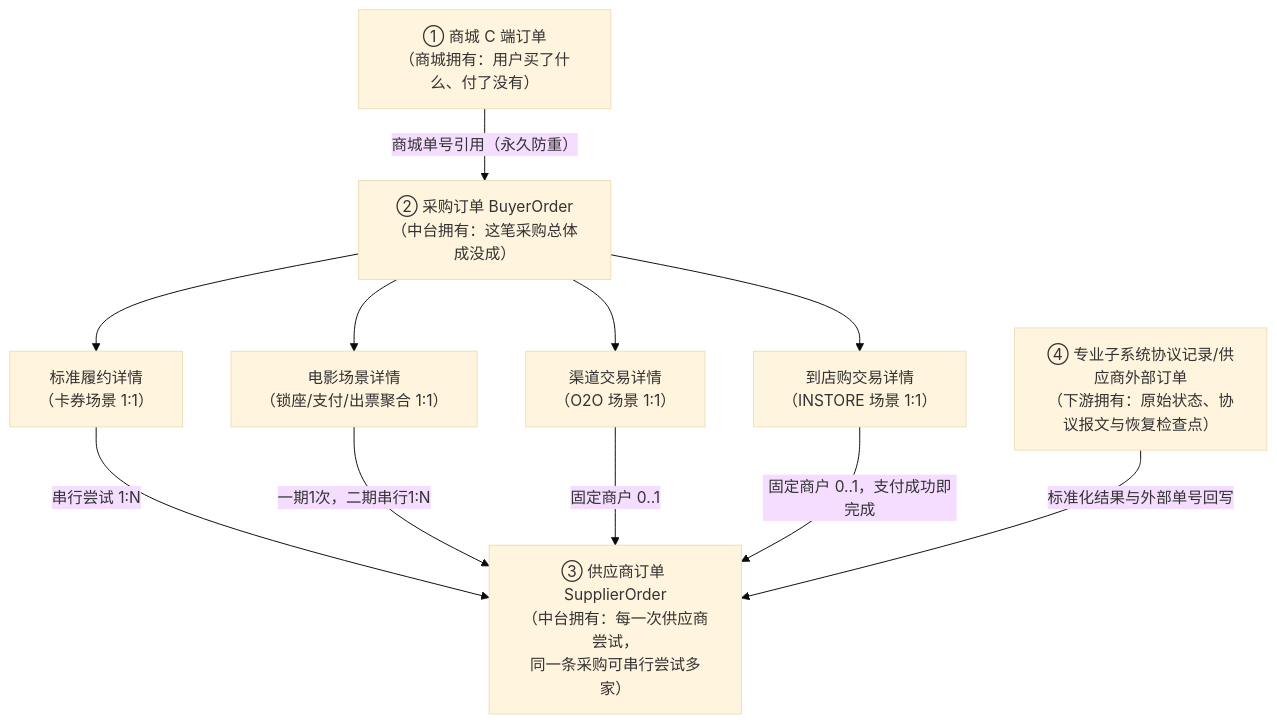
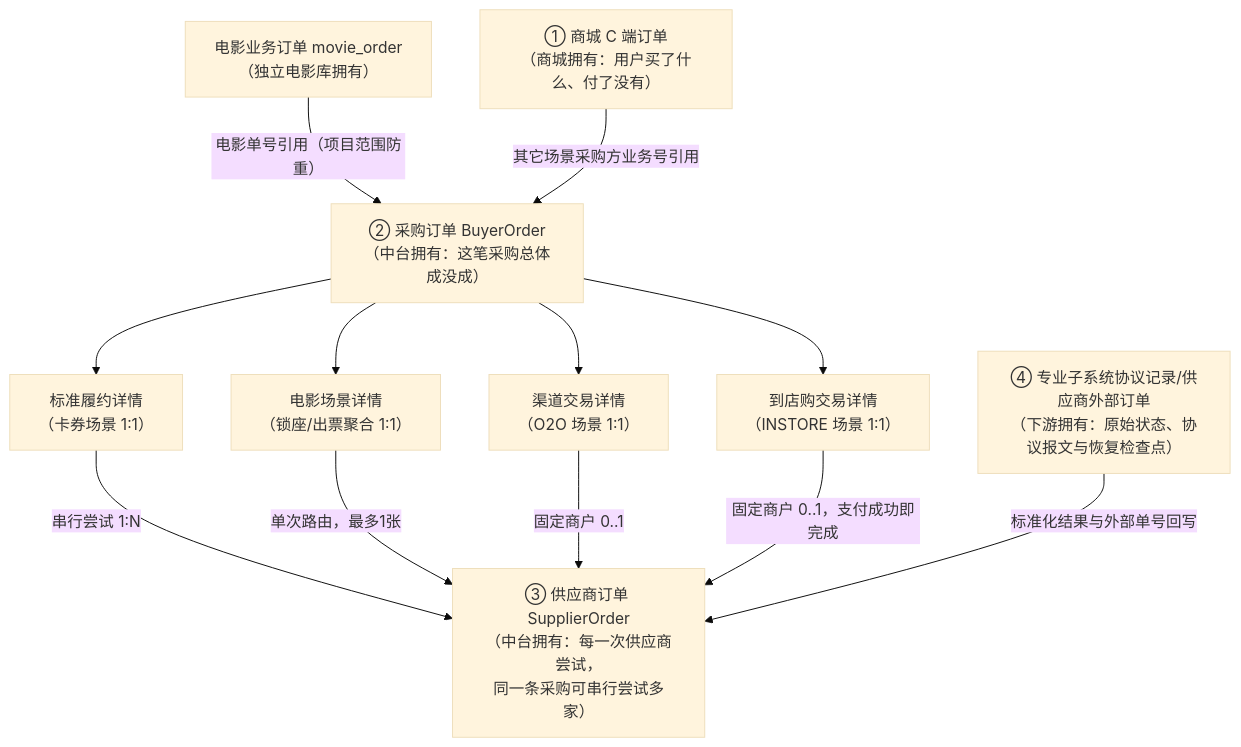
The tenth of 14 diagrams in docs/供应链中台多场景概要设计.md (zwye1986/supply-hub), drawn with Mermaid (base theme) before and after one commit. The commit also changed other lines of this file and 22 other files, not shown here.

````diff
--- a/docs/供应链中台多场景概要设计.md
+++ b/docs/供应链中台多场景概要设计.md
@@ -362,21 +315,23 @@
 ```mermaid
 flowchart TD
     CO["① 商城 C 端订单<br/>（商城拥有：用户买了什么、付了没有）"]
     BO["② 采购订单 BuyerOrder<br/>（中台拥有：这笔采购总体成没成）"]
     FR["标准履约详情<br/>（卡券场景 1:1）"]
-    MD["电影场景详情<br/>（锁座/支付/出票聚合 1:1）"]
+    MD["电影场景详情<br/>（锁座/出票聚合 1:1）"]
     OD["渠道交易详情<br/>（O2O 场景 1:1）"]
     ID["到店购交易详情<br/>（INSTORE 场景 1:1）"]
     SO["③ 供应商订单 SupplierOrder<br/>（中台拥有：每一次供应商尝试，<br/>同一条采购可串行尝试多家）"]
     SUB["④ 专业子系统协议记录/供应商外部订单<br/>（下游拥有：原始状态、协议报文与恢复检查点）"]
-    CO -->|"商城单号引用（永久防重）"| BO
+    MO["电影业务订单 movie_order<br/>（独立电影库拥有）"]
+    MO -->|"电影单号引用（项目范围防重）"| BO
+    CO -->|"其它场景采购方业务号引用"| BO
     BO --> FR
     BO --> MD
     BO --> OD
     BO --> ID
     FR -->|"串行尝试 1:N"| SO
-    MD -->|"一期1次，二期串行1:N"| SO
+    MD -->|"单次路由，最多1张"| SO
     OD -->|"固定商户 0..1"| SO
     ID -->|"固定商户 0..1，支付成功即完成"| SO
     SUB -->|"标准化结果与外部单号回写"| SO
 ```
````
